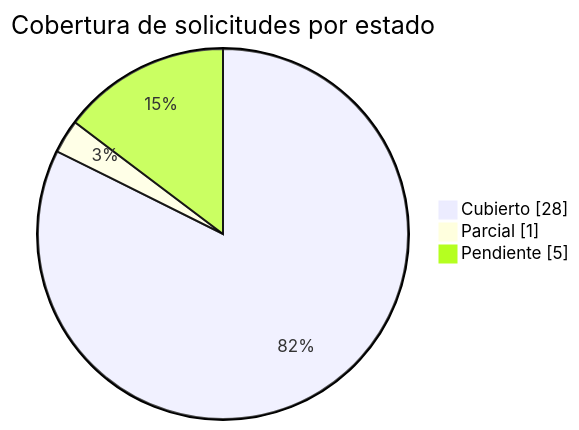
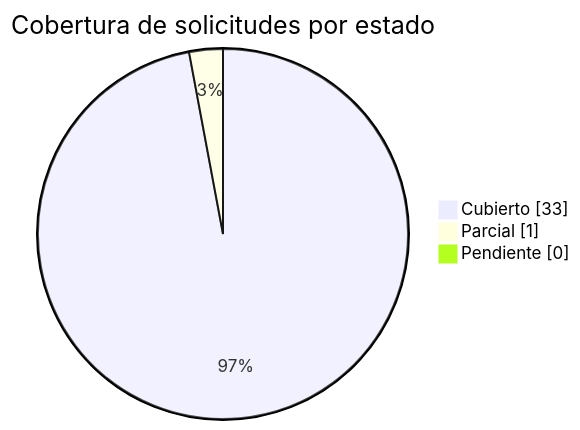
The diagram in advisory-credi10-2.0/3-informe-tecnico/anexo-a-trazabilidad-requisitos/README.md (ogeidlomica/advisory), drawn with Mermaid before and after one commit. The commit also changed other lines of this file and 23 other files, not shown here.

````diff
--- a/advisory-credi10-2.0/3-informe-tecnico/anexo-a-trazabilidad-requisitos/README.md
+++ b/advisory-credi10-2.0/3-informe-tecnico/anexo-a-trazabilidad-requisitos/README.md
@@ -17,7 +17,7 @@
 ```mermaid
 pie showData
     title Cobertura de solicitudes por estado
-    "Cubierto" : 28
+    "Cubierto" : 33
     "Parcial" : 1
-    "Pendiente" : 5
+    "Pendiente" : 0
 ```
````
